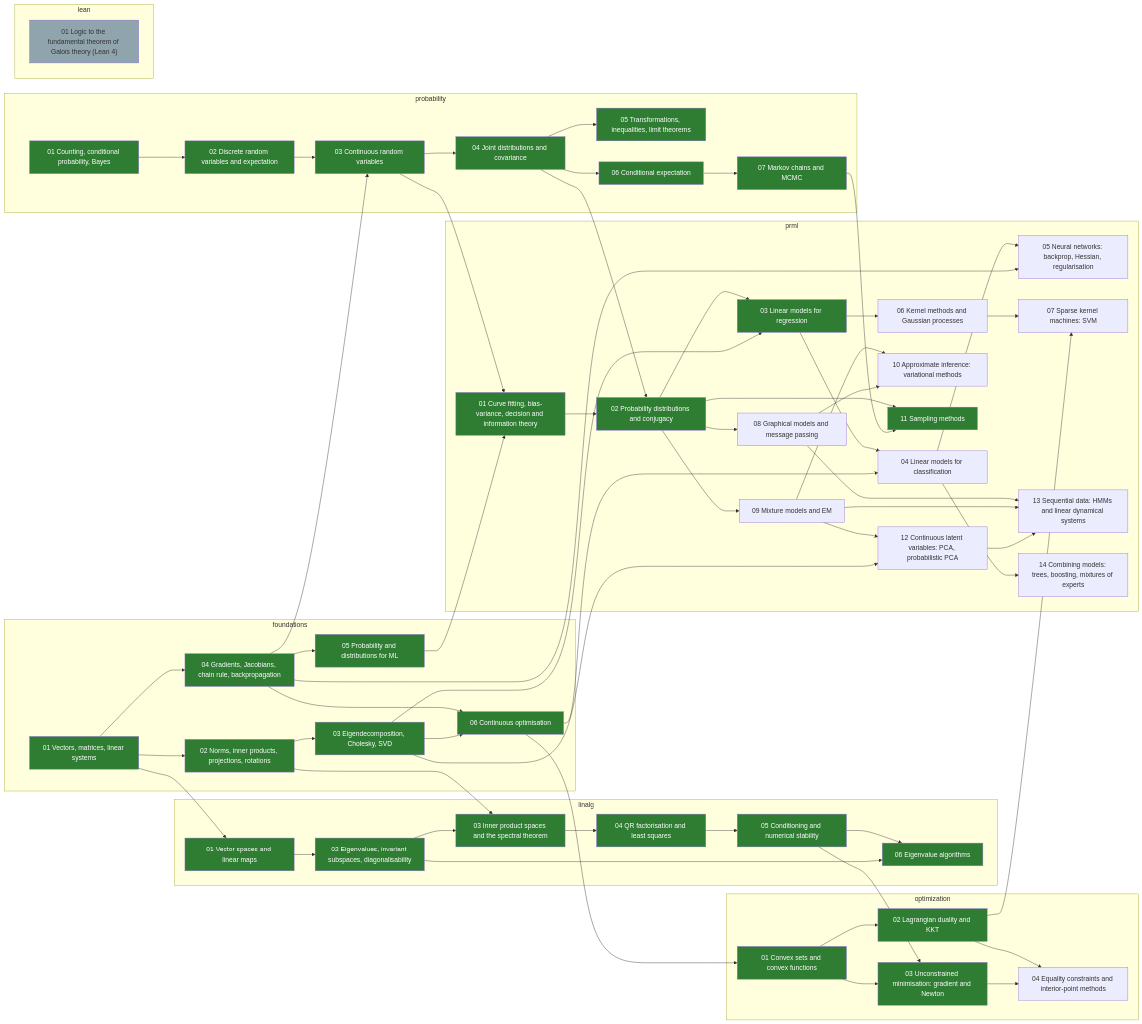
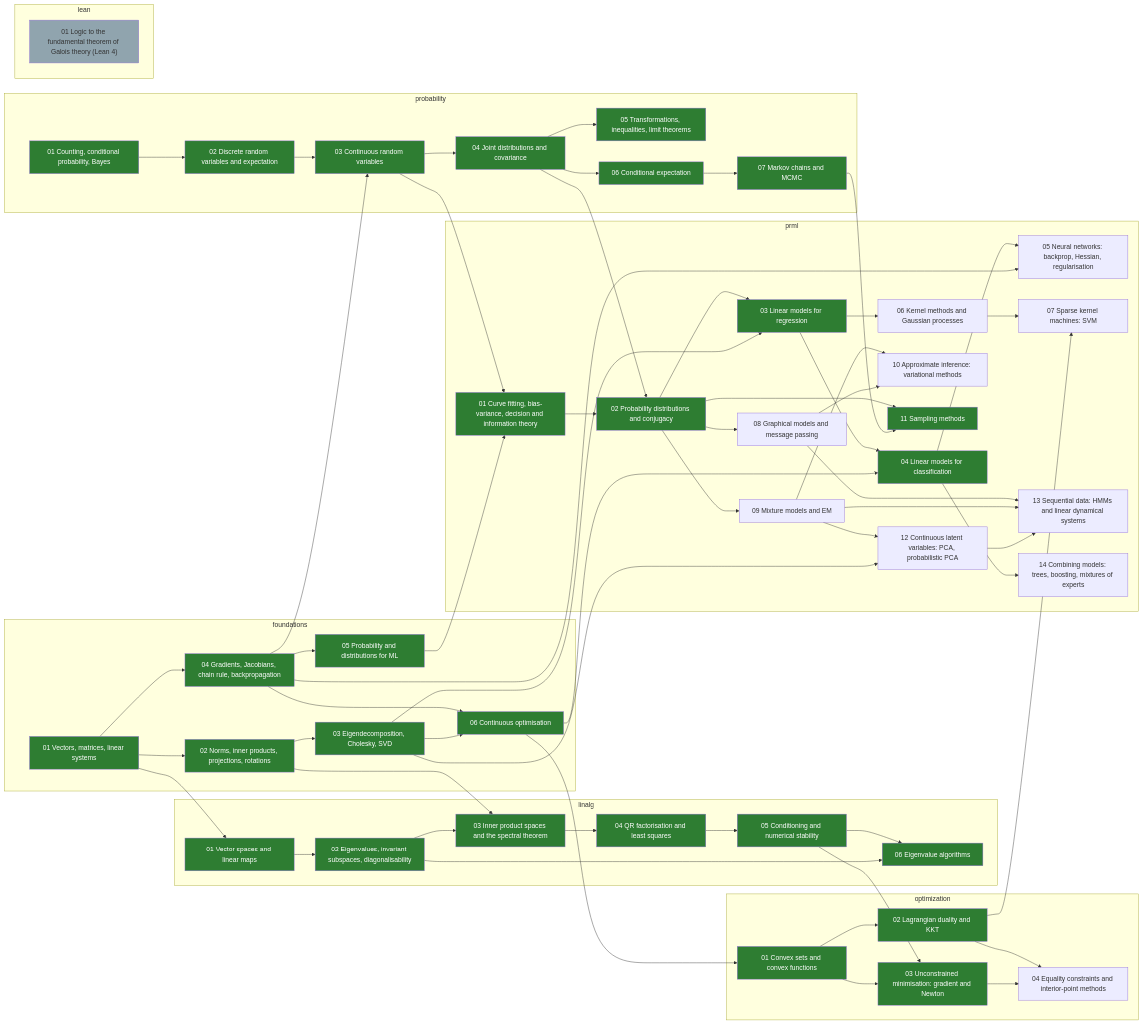
Before and after one commit to alektebel/learn-stuff-from-scratch: the diagram in skill-tree/README.md, drawn with Mermaid. The commit also changed other lines of this file and 8 other files, not shown here.

First line of the commit message:
math: build prml-04-linear-classification

```diff
--- a/skill-tree/README.md
+++ b/skill-tree/README.md
@@ -104,7 +104,7 @@
     prml-01-introduction["01 Curve fitting, bias-variance, decision and information theory"]:::done
     prml-02-distributions["02 Probability distributions and conjugacy"]:::done
     prml-03-linear-regression["03 Linear models for regression"]:::done
-    prml-04-linear-classification["04 Linear models for classification"]
+    prml-04-linear-classification["04 Linear models for classification"]:::done
     prml-05-neural-networks["05 Neural networks: backprop, Hessian, regularisation"]
     prml-06-kernels-gps["06 Kernel methods and Gaussian processes"]
     prml-07-svm["07 Sparse kernel machines: SVM"]
```
